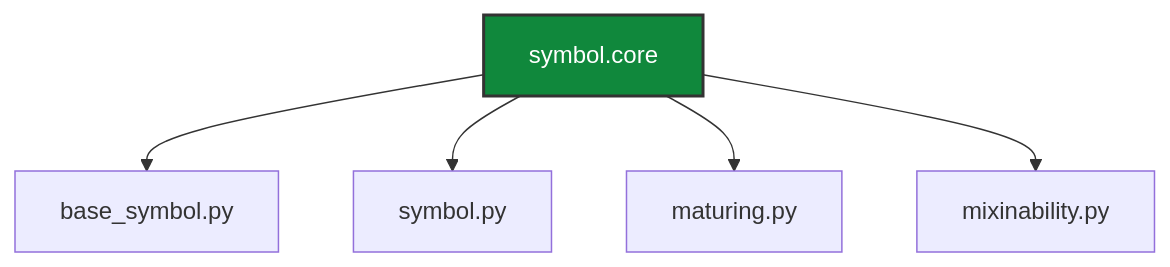
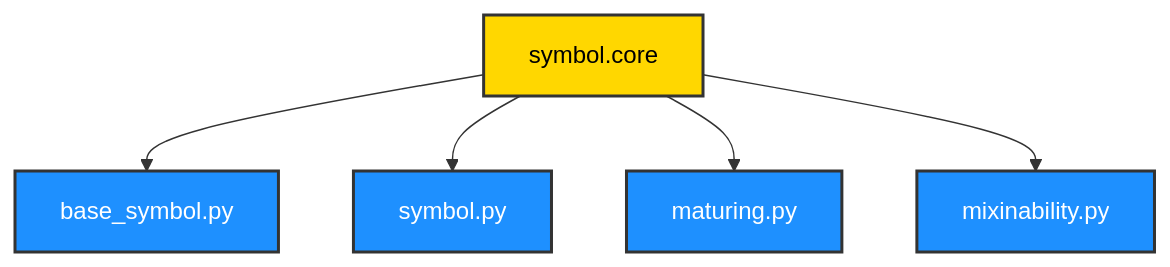
One commit to ikko/sym changed the first of 2 diagrams in docs/readme_details/3_layered_architecture/index.md. Above: the diagram before and after it, drawn with Mermaid. The commit also changed other lines of this file and 10 other files, not shown here.

````diff
--- a/docs/readme_details/3_layered_architecture/index.md
+++ b/docs/readme_details/3_layered_architecture/index.md
@@ -13,11 +13,13 @@
 ```mermaid
 graph TD
     A[symbol.core] --> B[base_symbol.py];
     A --> C[symbol.py];
     A --> D[maturing.py];
     A --> E[mixinability.py];
 
-    style A fill:#10883c,stroke:#333,stroke-width:2px,color:#FFFFFF;
-
-    style A fill:#10883c,stroke:#333,stroke-width:2px,color:#FFFFFF;
+    style A fill:#FFD700,stroke:#333,stroke-width:2px,color:#000000;
+    style B fill:#1E90FF,stroke:#333,stroke-width:2px,color:#FFFFFF;
+    style C fill:#1E90FF,stroke:#333,stroke-width:2px,color:#FFFFFF;
+    style D fill:#1E90FF,stroke:#333,stroke-width:2px,color:#FFFFFF;
+    style E fill:#1E90FF,stroke:#333,stroke-width:2px,color:#FFFFFF;
 ```
````
